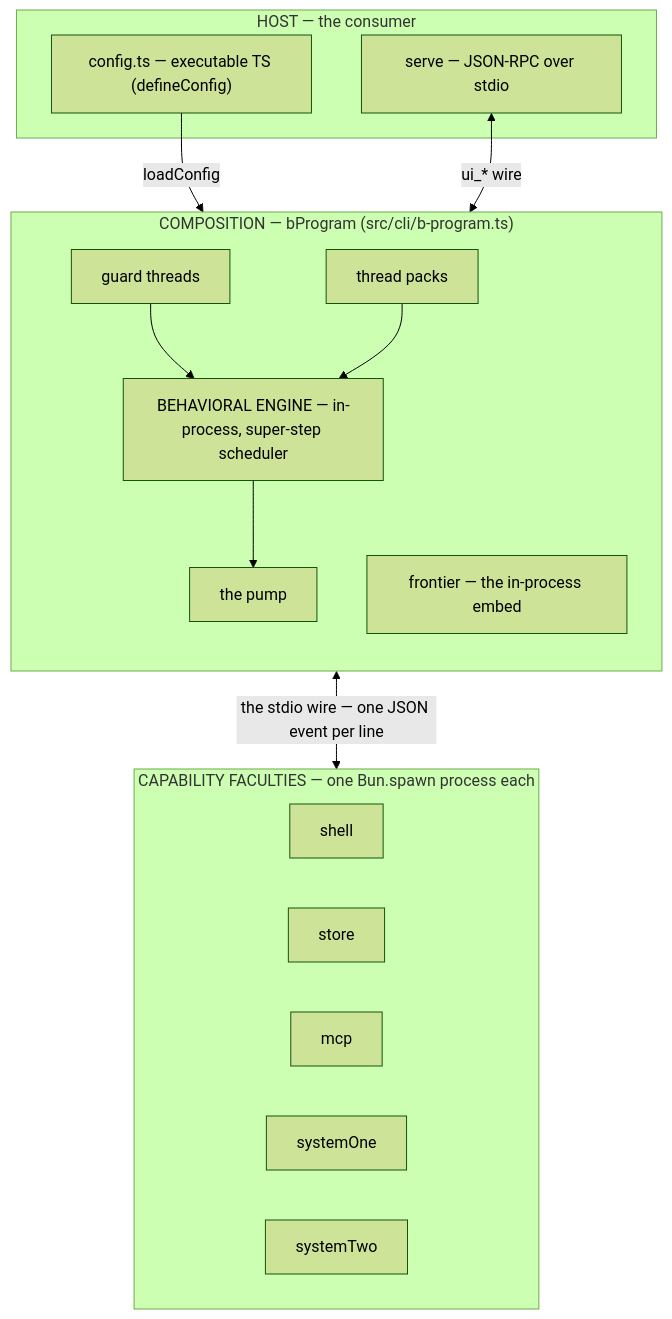
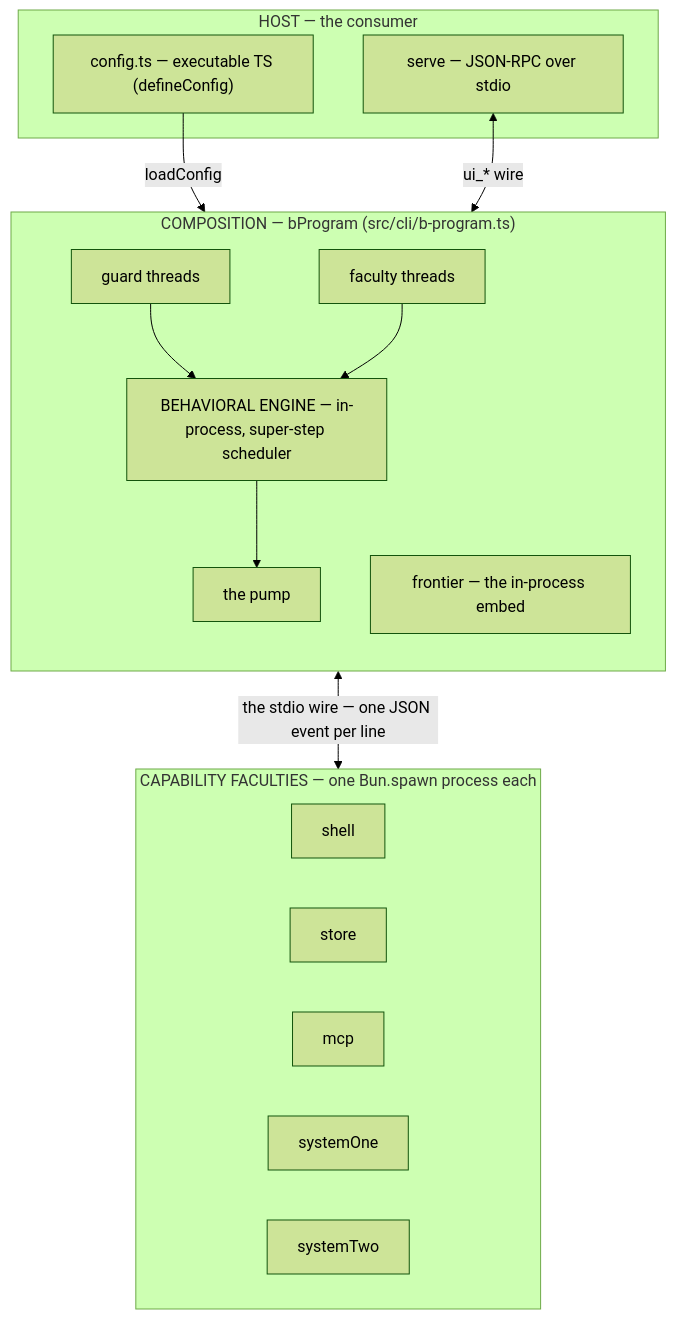
Before and after one commit to plaited/behavioral: the first of 2 diagrams in README.md, drawn with Mermaid (forest theme). The commit also changed other lines of this file and 9 other files, not shown here.

First line of the commit message:
docs: thread "packs" retire — the vocabulary is threads

````diff
--- a/README.md
+++ b/README.md
@@ -16,32 +16,32 @@
 ```mermaid
 flowchart TD
   subgraph HOST["HOST — the consumer"]
     CONFIG["config.ts — executable TS (defineConfig)"]
     SERVE["serve — JSON-RPC over stdio"]
   end
 
   subgraph COMPOSE["COMPOSITION — bProgram (src/cli/b-program.ts)"]
     direction TB
     GUARDS["guard threads"]
-    PACKS["thread packs"]
+    THREADS["faculty threads"]
     ENGINE["BEHAVIORAL ENGINE — in-process, super-step scheduler"]
     ROUTER["the pump"]
     FRONTIER["frontier — the in-process embed"]
     GUARDS --> ENGINE
-    PACKS --> ENGINE
+    THREADS --> ENGINE
     ENGINE --> ROUTER
   end
 
   subgraph FACULTIES["CAPABILITY FACULTIES — one Bun.spawn process each"]
     direction LR
     SHELL["shell"]
     STORE["store"]
     MCP["mcp"]
     S1["systemOne"]
     S2["systemTwo"]
   end
 
   CONFIG -->|"loadConfig"| COMPOSE
   SERVE <-->|"ui_* wire"| COMPOSE
   COMPOSE <-->|"the stdio wire — one JSON event per line"| FACULTIES
 ```
````
